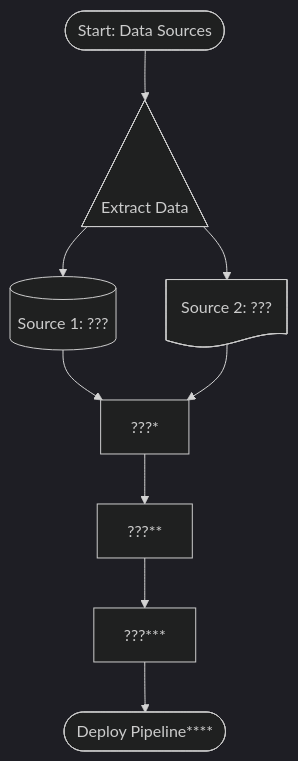
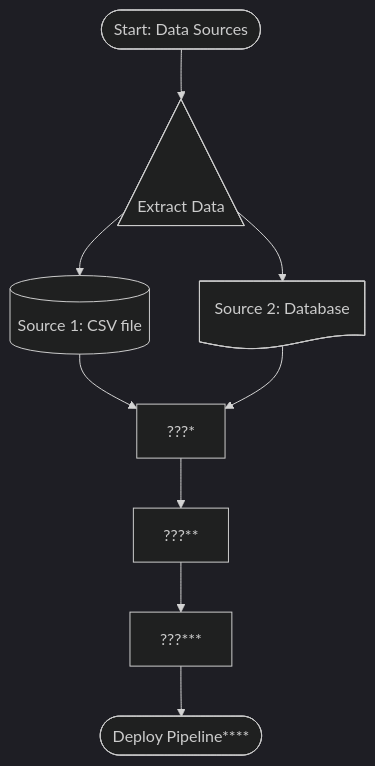
The first of 4 diagrams in walkthough-activities/activity-2.md (tungstennn/etl-example), drawn with Mermaid (dark theme) before and after one commit.

````diff
--- a/walkthough-activities/activity-2.md
+++ b/walkthough-activities/activity-2.md
@@ -11,13 +11,13 @@
 ```mermaid
 flowchart TD
     A@{ shape: stadium, label: "Start: Data Sources"} --> B@{ shape: tri, label: "Extract Data"}
-    B --> C1@{ shape: cyl, label: "Source 1: ???"}
-    B --> C2@{shape: doc, label: "Source 2: ???"}
+    B --> C1@{ shape: cyl, label: "Source 1: CSV file"}
+    B --> C2@{shape: doc, label: "Source 2: Database"}
     C1 --> D[???*]
     C2 --> D[???*]
     D --> E[???**]
     E --> F[???***]
     F --> G([Deploy Pipeline****])
     
 
 ```
````
